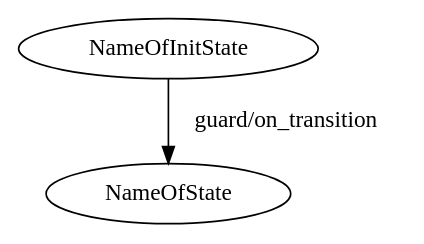
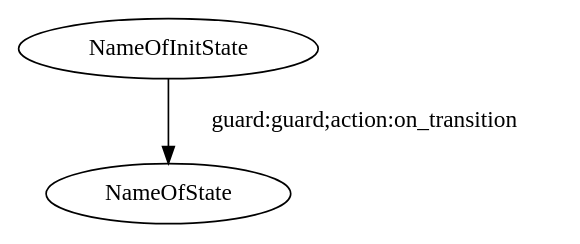
Before and after one commit to KirrimK/graph2strat: the first of 4 diagrams in README.md, drawn with Graphviz. The commit also changed other lines of this file and 11 other files, not shown here.

````diff
--- a/README.md
+++ b/README.md
@@ -40,10 +40,10 @@
 ```dot
 // comments are allowed like this
 
 #init NameOfInitState //the initial state is declared with the #init keyword
 digraph STM_NAME { // the graph name is used as the name of the state machine (must start by a letter)
-    NameOfState [comment="on_enter/on_leave"] // This is a node, the on_enter and on_leave methods are declared in the comment
-    NameOfInitState -> NameOfState [label="guard/on_transition"] // This is a transition between states, the guard and on_transition methods are declared in the label
+    NameOfState [comment="enter:on_enter;leave:on_leave"] // This is a node, the on_enter and on_leave methods are declared in the comment
+    NameOfInitState -> NameOfState [label="guard:guard;action:on_transition"] // This is a transition between states, the guard and on_transition methods are declared in the label
     //comment
 }
 ```
````
